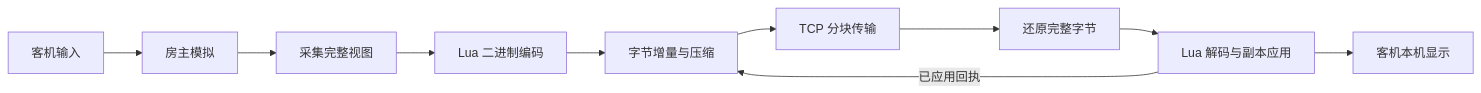
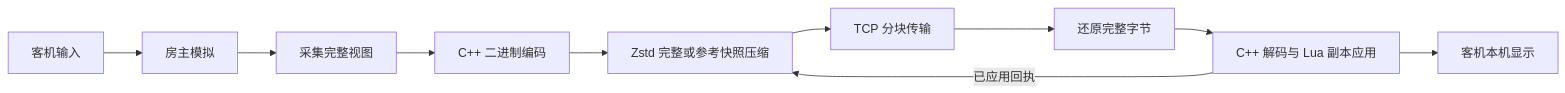
Before and after one commit to BMingSY/isaac-lan: the diagram in docs/synchronization.md, drawn with Mermaid. The commit also changed other lines of this file and 176 other files, not shown here.

````diff
--- a/docs/synchronization.md
+++ b/docs/synchronization.md
@@ -7,12 +7,12 @@
 ```mermaid
 flowchart LR
     I[客机输入] --> H[房主模拟]
     H --> C[采集完整视图]
-    C --> E[Lua 二进制编码]
-    E --> D[字节增量与压缩]
+    C --> E[C++ 二进制编码]
+    E --> D[Zstd 完整或参考快照压缩]
     D --> T[TCP 分块传输]
     T --> R[还原完整字节]
-    R --> A[Lua 解码与副本应用]
+    R --> A[C++ 解码与 Lua 副本应用]
     A --> P[客机本机显示]
     A -->|已应用回执| D
 ```
````
